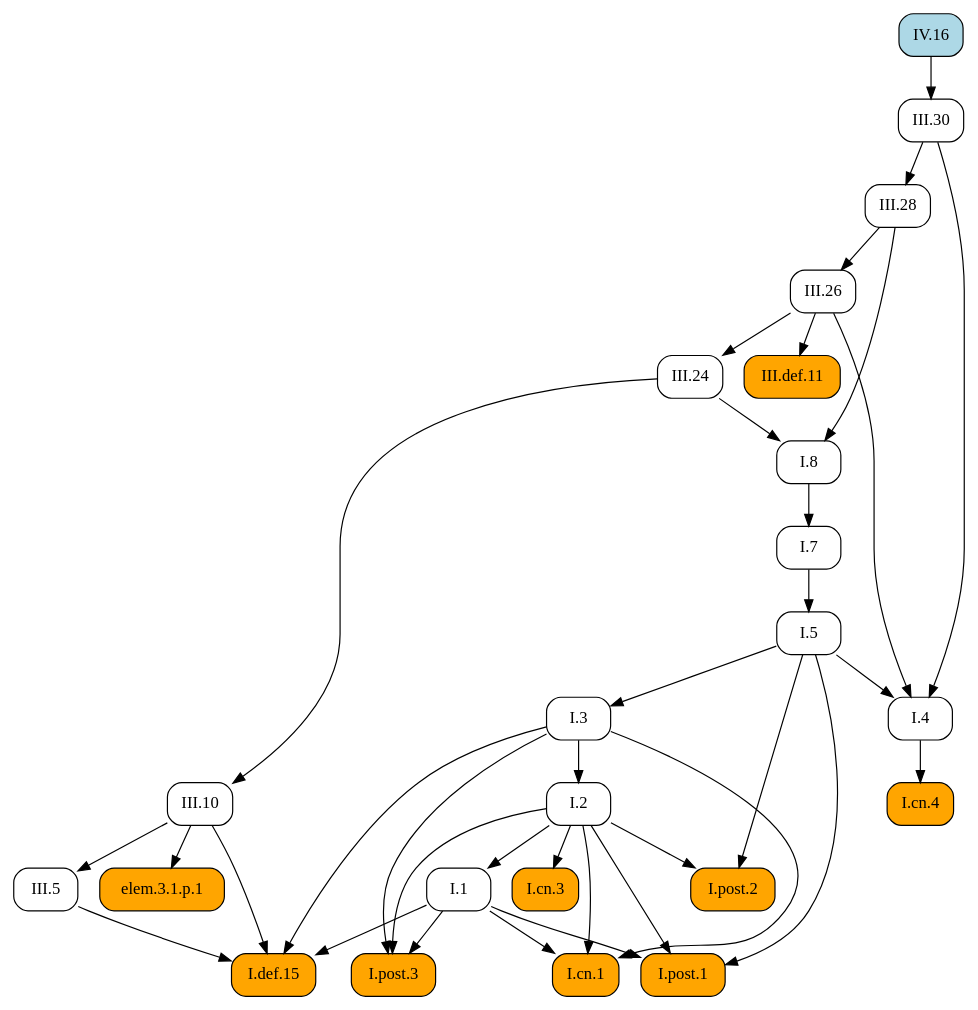
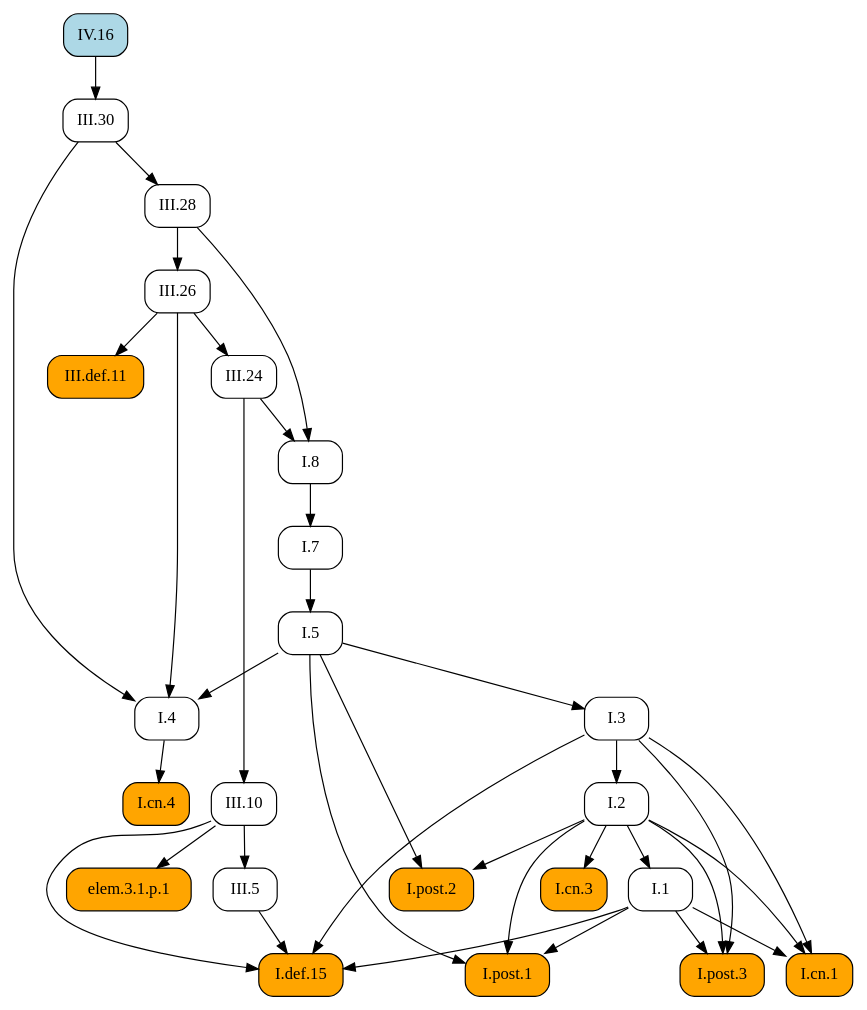
Before and after one commit to geometor/elements: the diagram in docsrc/elements2/IV/16/index.rst, drawn with Graphviz. The commit also changed other lines of this file and 409 other files, not shown here.

First line of the commit message:
feat: Add image cropping and graphic extraction script

```diff
--- a/docsrc/elements2/IV/16/index.rst
+++ b/docsrc/elements2/IV/16/index.rst
@@ -44,64 +44,64 @@
 .. graphviz::
 
    digraph {
      rankdir="TB";
      node [shape=box, style=rounded];
+     "I.def.15" [style="rounded,filled", fillcolor=orange, URL="/elements2/I/def.15/", target="_top"];
      "I.8" [URL="/elements2/I/8/", target="_top"];
+     "III.30" [URL="/elements2/III/30/", target="_top"];
+     "I.5" [URL="/elements2/I/5/", target="_top"];
+     "III.5" [URL="/elements2/III/5/", target="_top"];
+     "I.3" [URL="/elements2/I/3/", target="_top"];
+     "I.cn.3" [style="rounded,filled", fillcolor=orange, URL="/elements2/I/cn.3/", target="_top"];
+     "I.cn.1" [style="rounded,filled", fillcolor=orange, URL="/elements2/I/cn.1/", target="_top"];
+     "III.24" [URL="/elements2/III/24/", target="_top"];
+     "I.4" [URL="/elements2/I/4/", target="_top"];
+     "I.post.3" [style="rounded,filled", fillcolor=orange, URL="/elements2/I/post.3/", target="_top"];
+     "I.7" [URL="/elements2/I/7/", target="_top"];
      "III.28" [URL="/elements2/III/28/", target="_top"];
-     "I.1" [URL="/elements2/I/1/", target="_top"];
-     "I.cn.4" [style="rounded,filled", fillcolor=orange, URL="/elements2/I/cn.4/", target="_top"];
-     "I.cn.3" [style="rounded,filled", fillcolor=orange, URL="/elements2/I/cn.3/", target="_top"];
-     "III.5" [URL="/elements2/III/5/", target="_top"];
-     "I.7" [URL="/elements2/I/7/", target="_top"];
+     "elem.3.1.p.1" [style="rounded,filled", fillcolor=orange];
      "III.26" [URL="/elements2/III/26/", target="_top"];
      "I.post.1" [style="rounded,filled", fillcolor=orange, URL="/elements2/I/post.1/", target="_top"];
-     "elem.3.1.p.1" [style="rounded,filled", fillcolor=orange];
-     "I.5" [URL="/elements2/I/5/", target="_top"];
-     "I.cn.1" [style="rounded,filled", fillcolor=orange, URL="/elements2/I/cn.1/", target="_top"];
+     "III.10" [URL="/elements2/III/10/", target="_top"];
      "I.2" [URL="/elements2/I/2/", target="_top"];
-     "I.def.15" [style="rounded,filled", fillcolor=orange, URL="/elements2/I/def.15/", target="_top"];
-     "I.4" [URL="/elements2/I/4/", target="_top"];
      "IV.16" [style="rounded,filled", fillcolor=lightblue, URL="/elements2/IV/16/", target="_top"];
-     "III.30" [URL="/elements2/III/30/", target="_top"];
      "III.def.11" [style="rounded,filled", fillcolor=orange, URL="/elements2/III/def.11/", target="_top"];
-     "III.24" [URL="/elements2/III/24/", target="_top"];
-     "III.10" [URL="/elements2/III/10/", target="_top"];
-     "I.3" [URL="/elements2/I/3/", target="_top"];
+     "I.cn.4" [style="rounded,filled", fillcolor=orange, URL="/elements2/I/cn.4/", target="_top"];
+     "I.1" [URL="/elements2/I/1/", target="_top"];
      "I.post.2" [style="rounded,filled", fillcolor=orange, URL="/elements2/I/post.2/", target="_top"];
-     "I.post.3" [style="rounded,filled", fillcolor=orange, URL="/elements2/I/post.3/", target="_top"];
+     "I.1" -> "I.def.15";
+     "I.3" -> "I.def.15";
+     "III.5" -> "I.def.15";
+     "III.10" -> "I.def.15";
      "III.24" -> "I.8";
      "III.28" -> "I.8";
+     "IV.16" -> "III.30";
+     "I.7" -> "I.5";
+     "III.10" -> "III.5";
+     "I.5" -> "I.3";
+     "I.2" -> "I.cn.3";
+     "I.1" -> "I.cn.1";
+     "I.2" -> "I.cn.1";
+     "I.3" -> "I.cn.1";
+     "III.26" -> "III.24";
+     "I.5" -> "I.4";
+     "III.26" -> "I.4";
+     "III.30" -> "I.4";
+     "I.1" -> "I.post.3";
+     "I.2" -> "I.post.3";
+     "I.3" -> "I.post.3";
+     "I.8" -> "I.7";
      "III.30" -> "III.28";
-     "I.2" -> "I.1";
-     "I.4" -> "I.cn.4";
-     "I.2" -> "I.cn.3";
-     "III.10" -> "III.5";
-     "I.8" -> "I.7";
+     "III.10" -> "elem.3.1.p.1";
      "III.28" -> "III.26";
      "I.1" -> "I.post.1";
      "I.2" -> "I.post.1";
      "I.5" -> "I.post.1";
-     "III.10" -> "elem.3.1.p.1";
-     "I.7" -> "I.5";
-     "I.1" -> "I.cn.1";
-     "I.2" -> "I.cn.1";
-     "I.3" -> "I.cn.1";
+     "III.24" -> "III.10";
      "I.3" -> "I.2";
-     "I.1" -> "I.def.15";
-     "I.3" -> "I.def.15";
-     "III.5" -> "I.def.15";
-     "III.10" -> "I.def.15";
-     "I.5" -> "I.4";
-     "III.26" -> "I.4";
-     "III.30" -> "I.4";
-     "IV.16" -> "III.30";
      "III.26" -> "III.def.11";
-     "III.26" -> "III.24";
-     "III.24" -> "III.10";
-     "I.5" -> "I.3";
+     "I.4" -> "I.cn.4";
+     "I.2" -> "I.1";
      "I.2" -> "I.post.2";
      "I.5" -> "I.post.2";
-     "I.1" -> "I.post.3";
-     "I.2" -> "I.post.3";
-     "I.3" -> "I.post.3";
    }
```
